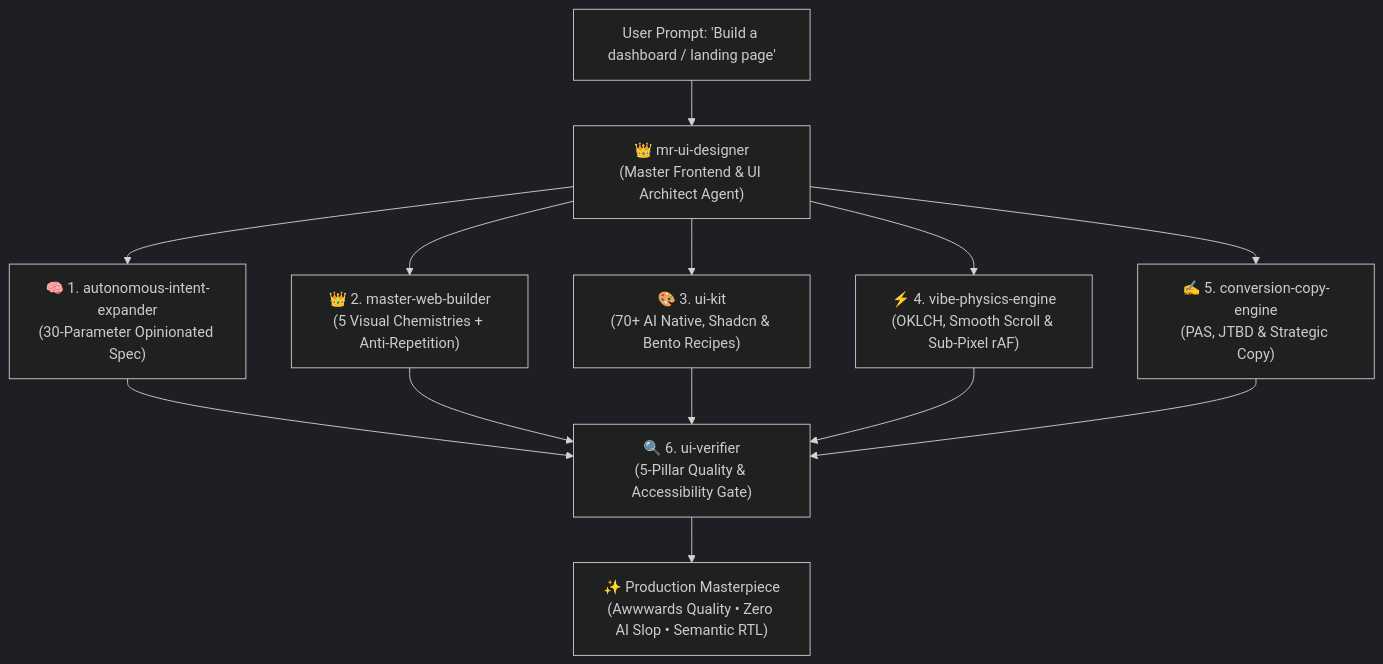
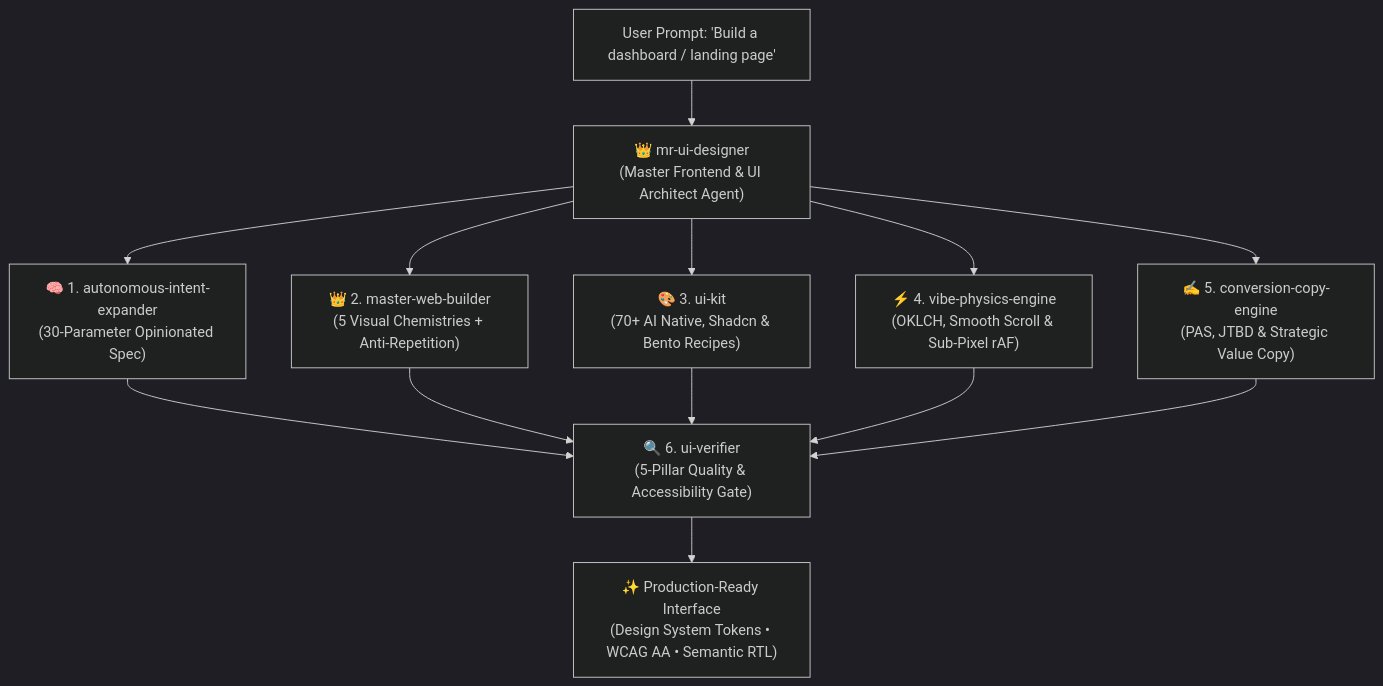
One commit to omid-io/vibe-ui-skills changed the diagram in README.md. Above: the diagram before and after it, drawn with Mermaid (dark theme). The commit also changed other lines of this file and 8 other files, not shown here.

````diff
--- a/README.md
+++ b/README.md
@@ -48,11 +48,11 @@
 ```mermaid
 flowchart TD
     UserPrompt["User Prompt: 'Build a dashboard / landing page'"] --> MasterAgent["👑 mr-ui-designer\n(Master Frontend & UI Architect Agent)"]
     MasterAgent --> Expander["🧠 1. autonomous-intent-expander\n(30-Parameter Opinionated Spec)"]
     MasterAgent --> VisualEngine["👑 2. master-web-builder\n(5 Visual Chemistries + Anti-Repetition)"]
     MasterAgent --> UIComponents["🎨 3. ui-kit\n(70+ AI Native, Shadcn & Bento Recipes)"]
     MasterAgent --> Physics["⚡ 4. vibe-physics-engine\n(OKLCH, Smooth Scroll & Sub-Pixel rAF)"]
-    MasterAgent --> Copy["✍️ 5. conversion-copy-engine\n(PAS, JTBD & Strategic Copy)"]
+    MasterAgent --> Copy["✍️ 5. conversion-copy-engine\n(PAS, JTBD & Strategic Value Copy)"]
     Expander & VisualEngine & UIComponents & Physics & Copy --> Verifier["🔍 6. ui-verifier\n(5-Pillar Quality & Accessibility Gate)"]
-    Verifier --> Masterpiece["✨ Production Masterpiece\n(Awwwards Quality • Zero AI Slop • Semantic RTL)"]
+    Verifier --> Masterpiece["✨ Production-Ready Interface\n(Design System Tokens • WCAG AA • Semantic RTL)"]
 ```
````
